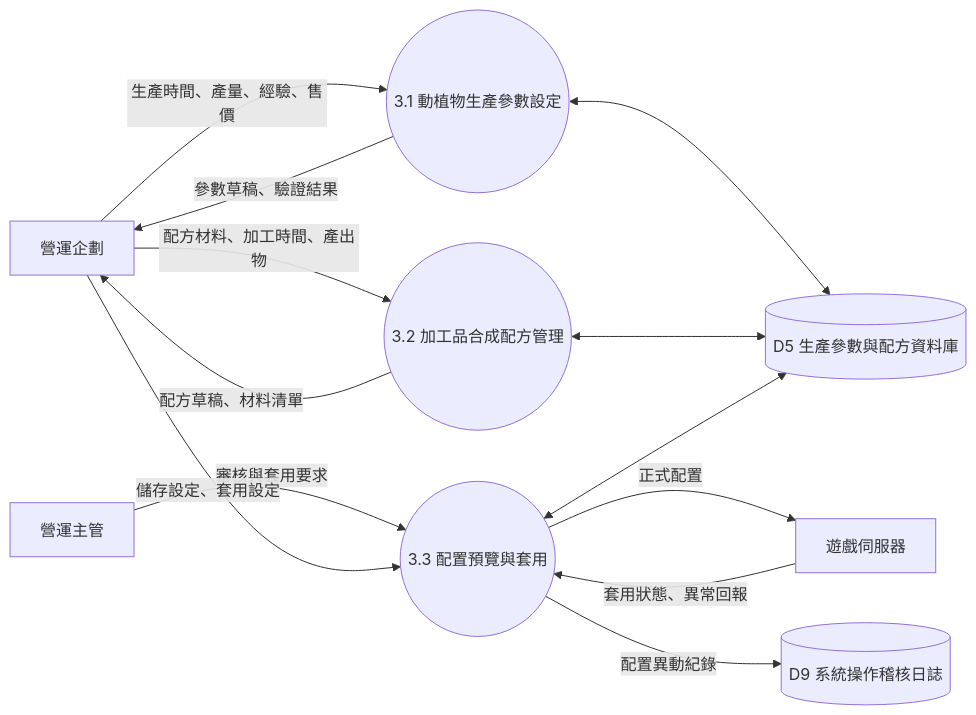
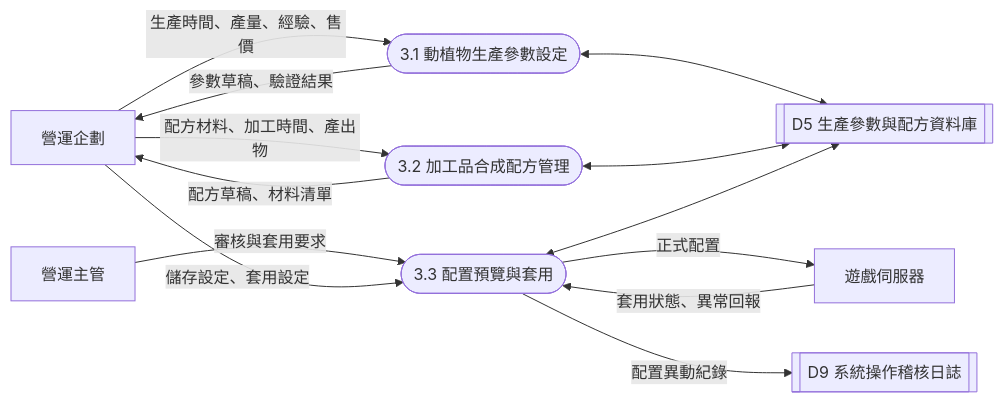
Before and after one commit to benson927/LINE_FARM: the sixth of 9 diagrams in docs/dfd-diagrams.md, drawn with Mermaid. The commit also changed other lines of this file, not shown here.

Commit message:
Update DFD diagram notation style

````diff
--- a/docs/dfd-diagrams.md
+++ b/docs/dfd-diagrams.md
@@ -251,26 +260,26 @@
 ```mermaid
 flowchart LR
   Planner[營運企劃]
   OpsLead[營運主管]
   GameServer[遊戲伺服器]
-  P31((3.1 動植物生產參數設定))
-  P32((3.2 加工品合成配方管理))
-  P33((3.3 配置預覽與套用))
-  D5[(D5 生產參數與配方資料庫)]
-  D9[(D9 系統操作稽核日誌)]
+  P31([3.1 動植物生產參數設定])
+  P32([3.2 加工品合成配方管理])
+  P33([3.3 配置預覽與套用])
+  D5[[D5 生產參數與配方資料庫]]
+  D9[[D9 系統操作稽核日誌]]
 
   Planner -->|生產時間、產量、經驗、售價| P31
   P31 <--> D5
   P31 -->|參數草稿、驗證結果| Planner
 
   Planner -->|配方材料、加工時間、產出物| P32
   P32 <--> D5
   P32 -->|配方草稿、材料清單| Planner
 
   OpsLead -->|審核與套用要求| P33
   Planner -->|儲存設定、套用設定| P33
   P33 <--> D5
   P33 -->|正式配置| GameServer
   GameServer -->|套用狀態、異常回報| P33
   P33 -->|配置異動紀錄| D9
 ```
````
